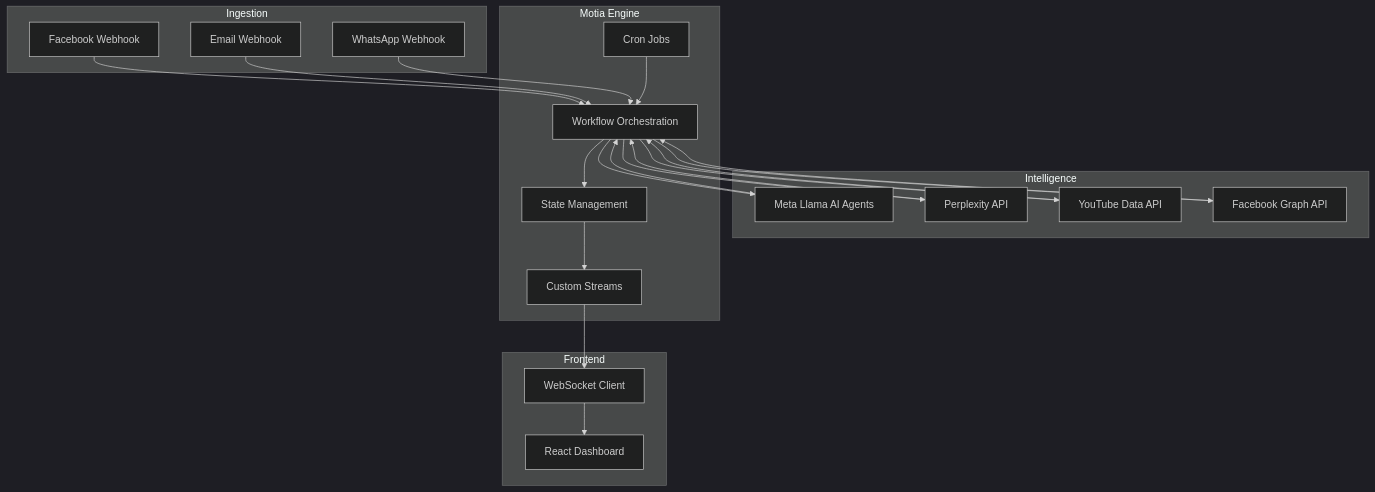
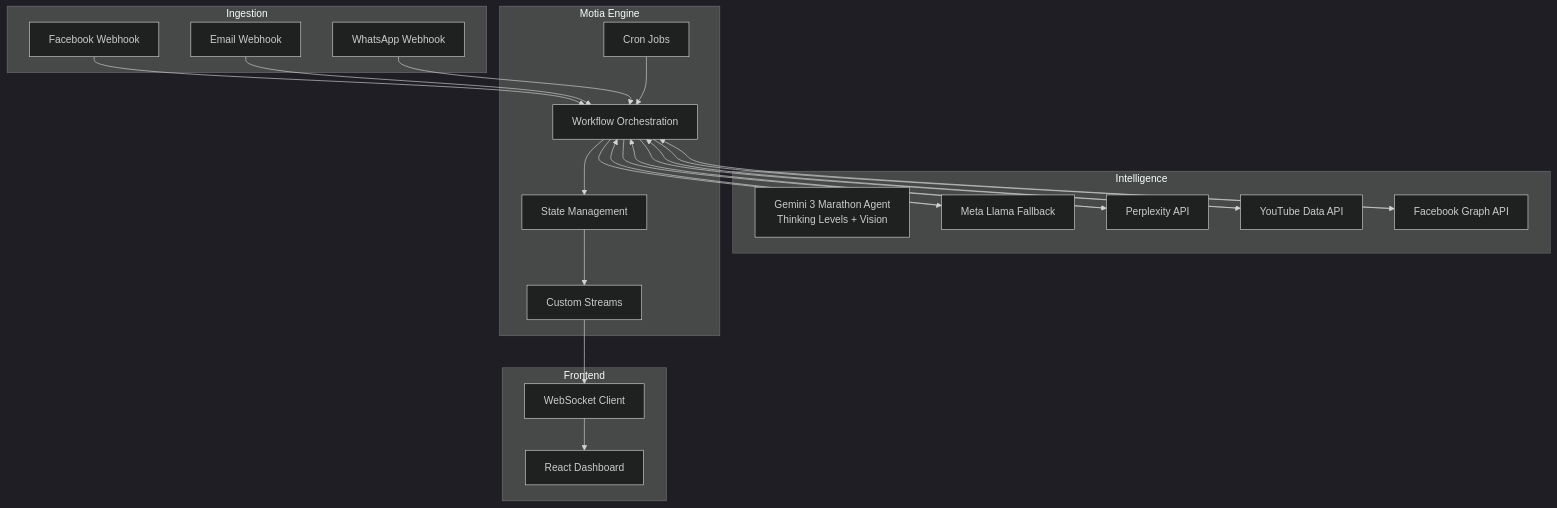
Before and after one commit to abhinav-m22/social-ops-ai: the second of 4 diagrams in README.md, drawn with Mermaid (dark theme). The commit also changed other lines of this file and 10 other files, not shown here.

Commit message:
add Gemini 3 Marathon Agent integration

````diff
--- a/README.md
+++ b/README.md
@@ -100,48 +159,49 @@
 ```mermaid
 graph TB
     subgraph Ingestion
         FB[Facebook Webhook]
         EM[Email Webhook]
         WA[WhatsApp Webhook]
     end
     
     subgraph Intelligence
-        AI[Meta Llama AI Agents]
+        GM[Gemini 3 Marathon Agent<br/>Thinking Levels + Vision]
+        AI[Meta Llama Fallback]
         PX[Perplexity API]
         YT[YouTube Data API]
         FB_API[Facebook Graph API]
     end
     
     subgraph Motia Engine
         WF[Workflow Orchestration]
         ST[State Management]
         CR[Cron Jobs]
         STR[Custom Streams]
     end
     
     subgraph Frontend
         UI[React Dashboard]
         WS[WebSocket Client]
     end
     
     FB --> WF
     EM --> WF
     WA --> WF
     
     WF --> AI
     WF --> PX
     WF --> YT
     WF --> FB_API
     
     AI --> WF
     PX --> WF
     YT --> WF
     FB_API --> WF
     
     WF --> ST
     CR --> WF
     ST --> STR
     
     STR --> WS
     WS --> UI
 ```
````
